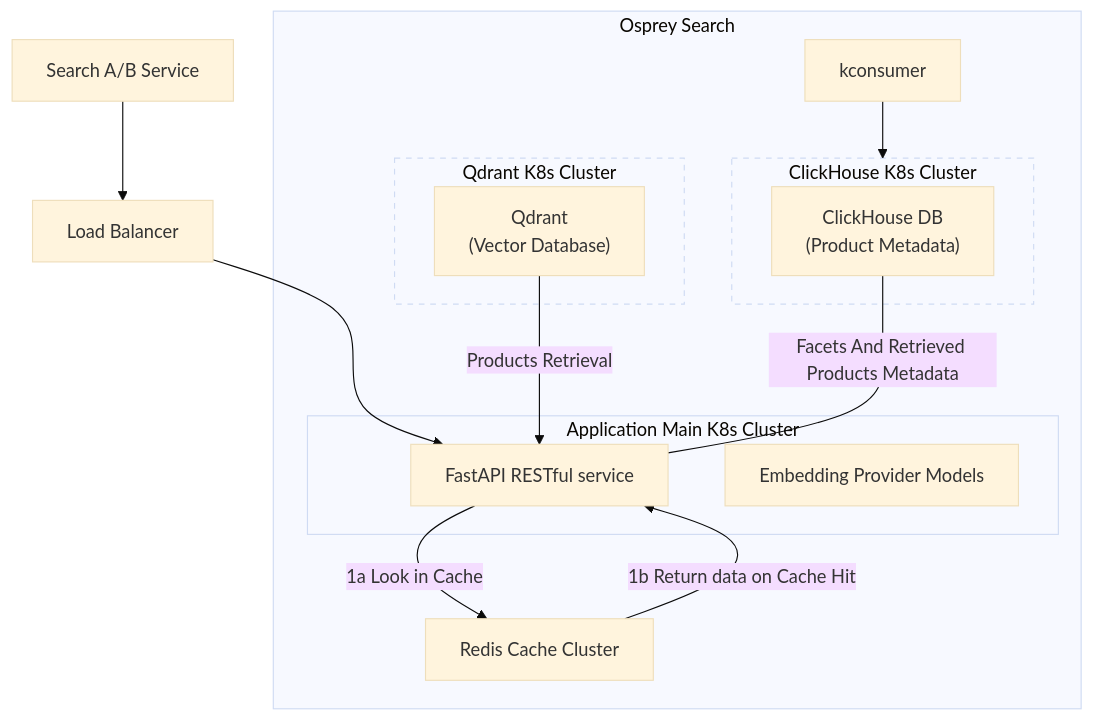
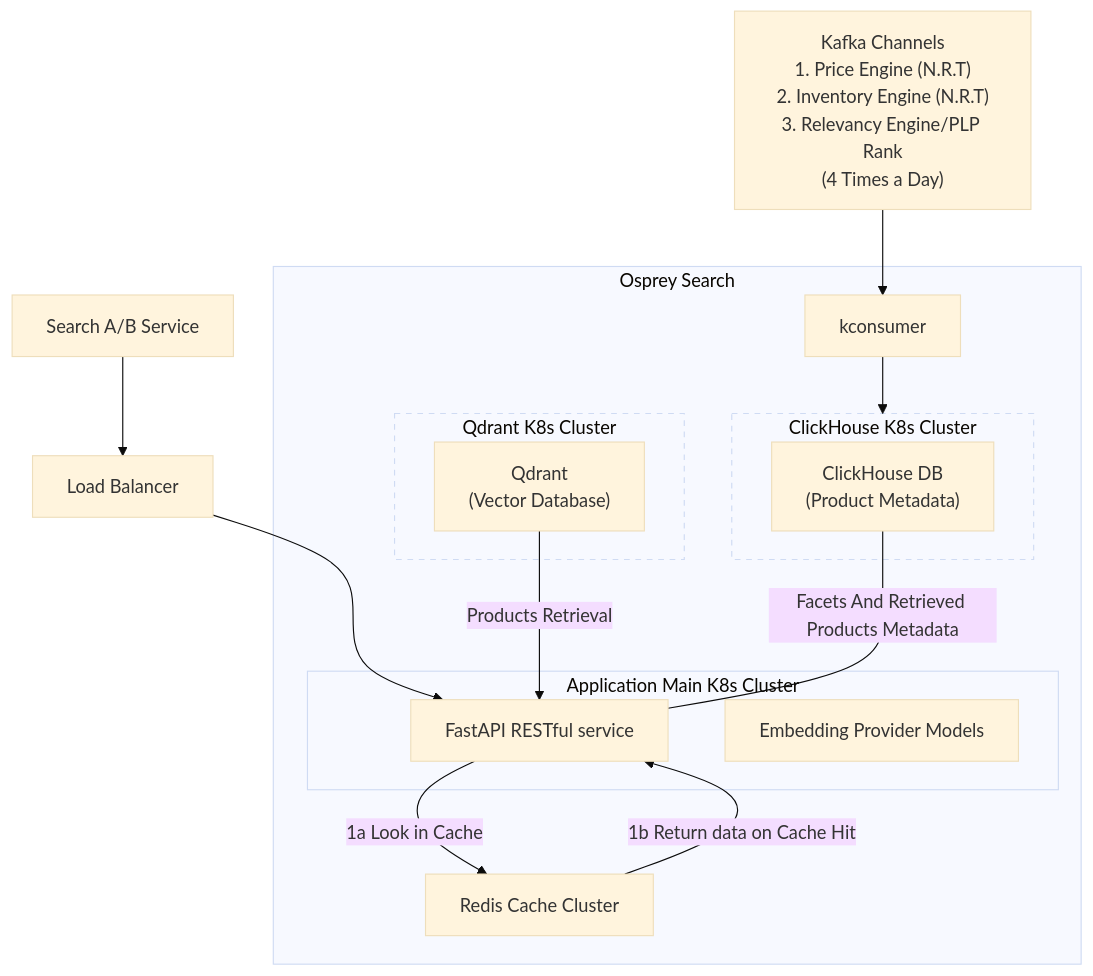
One commit to caiferris/qtact changed the diagram in osprey_search_ARCHITECTURE.md. Above: the diagram before and after it, drawn with Mermaid (base theme).

Commit message:
Updated osprey doc

````diff
--- a/osprey_search_ARCHITECTURE.md
+++ b/osprey_search_ARCHITECTURE.md
@@ -44,31 +44,37 @@
 ```mermaid
 graph 
   query["Search A/B Service"]
   load_balancer["Load Balancer"]
   api_server["FastAPI RESTful service"]
   embedding_model["Embedding Provider Models"]
   redis["Redis Cache Cluster"]
   qdrant_vdb["`Qdrant
 (Vector Database)`"]
   clickhouse_cdb["`ClickHouse DB
 (Product Metadata)`"]
+  external_systems["`Kafka Channels
+1. Price Engine (N.R.T)
+2. Inventory Engine (N.R.T)
+3. Relevancy Engine/PLP Rank
+(4 Times a Day)`"]
   query --> load_balancer --> api_server
 subgraph parent_subgraph["Osprey Search"]
   api_server -- 1a Look in Cache --> redis
   redis -- 1b Return data on Cache Hit --> api_server
   subgraph sub_graph_group1["Application Main K8s Cluster"]
     style sub_graph_group1 stroke: 5, 5
     api_server
     embedding_model
   end
   subgraph qdrant_cluster["Qdrant K8s Cluster"]
     style qdrant_cluster stroke-dasharray: 5, 5
     qdrant_vdb -- Products Retrieval --> api_server
   end
   subgraph clickhouse_cluster["ClickHouse K8s Cluster"]
     style clickhouse_cluster stroke-dasharray: 5, 5
     clickhouse_cdb -- Facets And Retrieved Products Metadata --- api_server
   end
   kconsumer --> clickhouse_cluster
 end
+external_systems --> kconsumer
 ```
````
